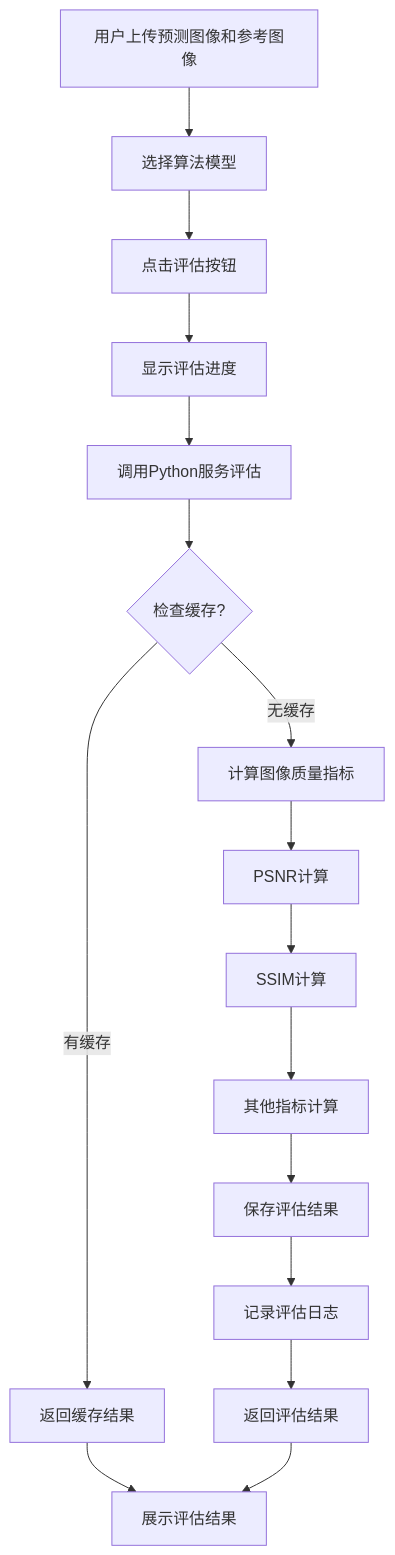
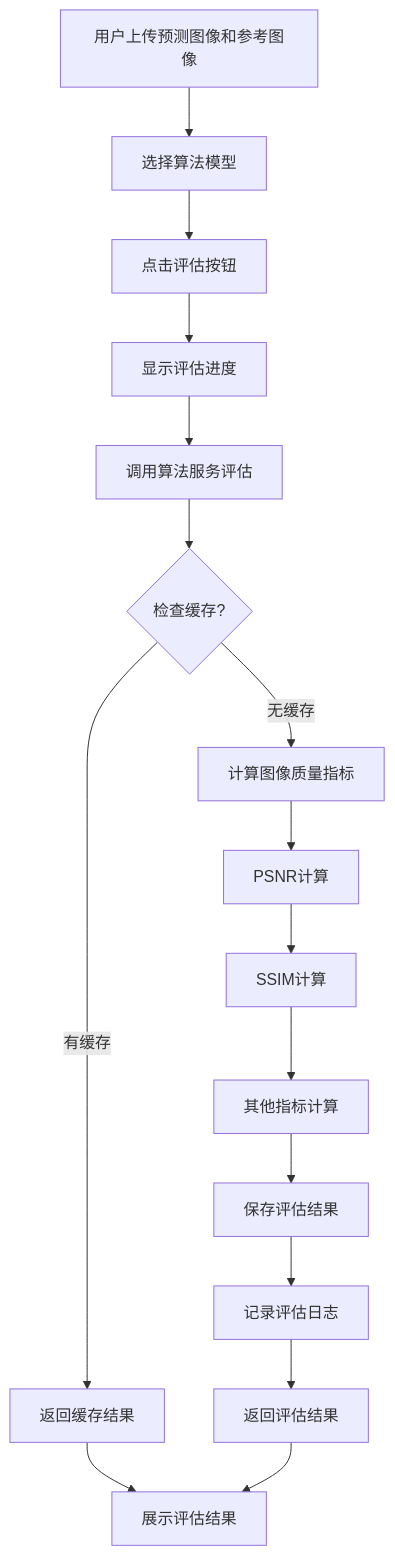
One commit to earthy-zinc/dehaze-system changed the ninth of 9 diagrams in dehaze-doc/docs/03-模块设计/核心模块/算法管理/需求规格.md. Above: the diagram before and after it, drawn with Mermaid. The commit also changed other lines of this file and 755 other files, not shown here.

````diff
--- a/dehaze-doc/docs/03-模块设计/核心模块/算法管理/需求规格.md
+++ b/dehaze-doc/docs/03-模块设计/核心模块/算法管理/需求规格.md
@@ -779,18 +776,18 @@
 ```mermaid
 graph TD
     A[用户上传预测图像和参考图像] --> B[选择算法模型]
     B --> C[点击评估按钮]
     C --> D[显示评估进度]
-    D --> E[调用Python服务评估]
+    D --> E[调用算法服务评估]
     E --> F{检查缓存?}
     F -->|有缓存| G[返回缓存结果]
     F -->|无缓存| H[计算图像质量指标]
     H --> I[PSNR计算]
     I --> J[SSIM计算]
     J --> K[其他指标计算]
     K --> L[保存评估结果]
     L --> M[记录评估日志]
     M --> N[返回评估结果]
     G --> O[展示评估结果]
     N --> O
 ```
````
